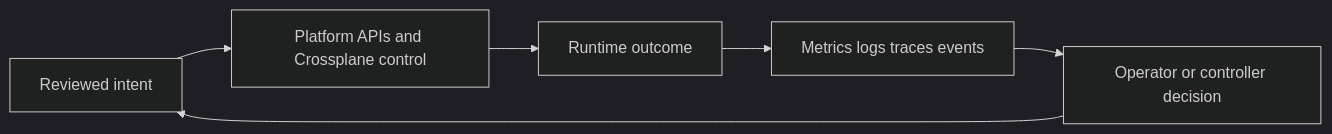
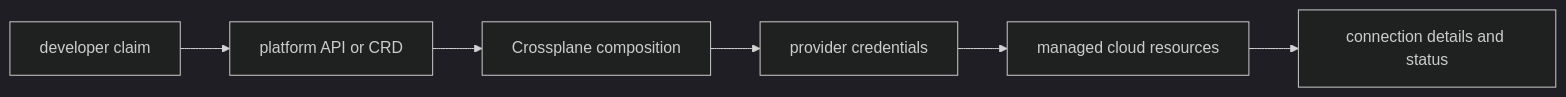
The diagram in docs/study/platform-engineering/03-platform-apis-and-crossplane.md (m1mohamad/devops-sre-prep), drawn with Mermaid (dark theme) before and after one commit. The commit also changed other lines of this file and 61 other files, not shown here.

Commit message:
Replace generic architecture and study templates

````diff
--- a/docs/study/platform-engineering/03-platform-apis-and-crossplane.md
+++ b/docs/study/platform-engineering/03-platform-apis-and-crossplane.md
@@ -20,8 +15,4 @@
 ```mermaid
 flowchart LR
-  Intent[Reviewed intent] --> Control[Platform APIs and Crossplane control]
-  Control --> Runtime[Runtime outcome]
-  Runtime --> Signals[Metrics logs traces events]
-  Signals --> Decision[Operator or controller decision]
-  Decision --> Intent
+  N0[developer claim] --> N1[platform API or CRD] --> N2[Crossplane composition] --> N3[provider credentials] --> N4[managed cloud resources] --> N5[connection details and status]
 ```
````
